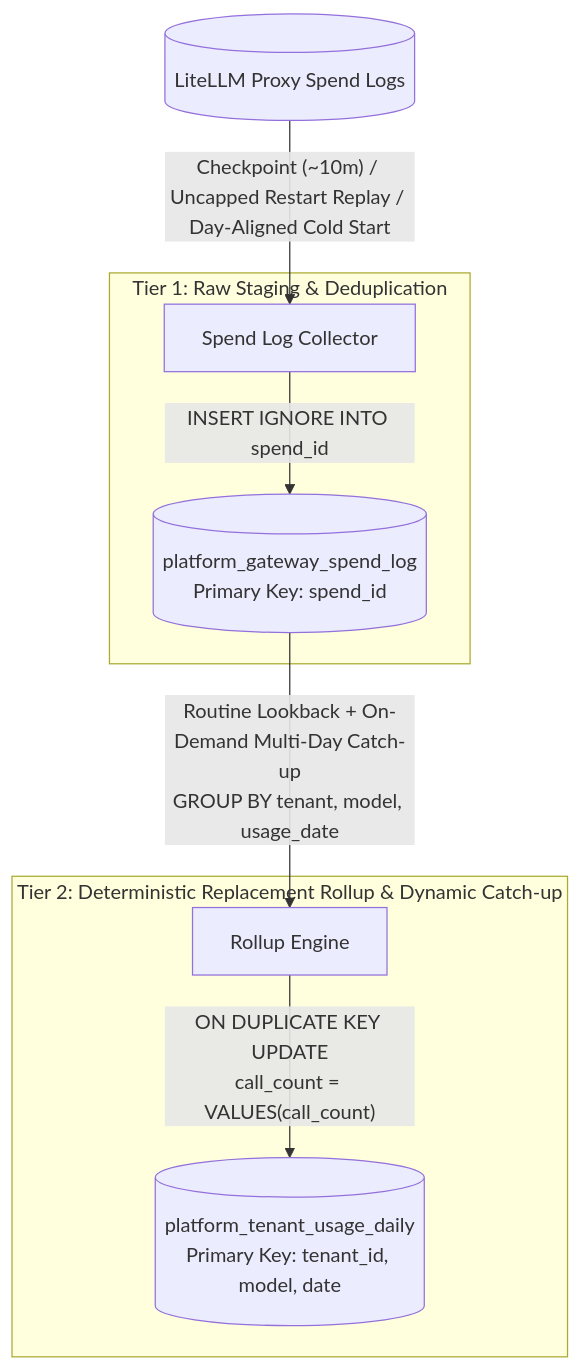
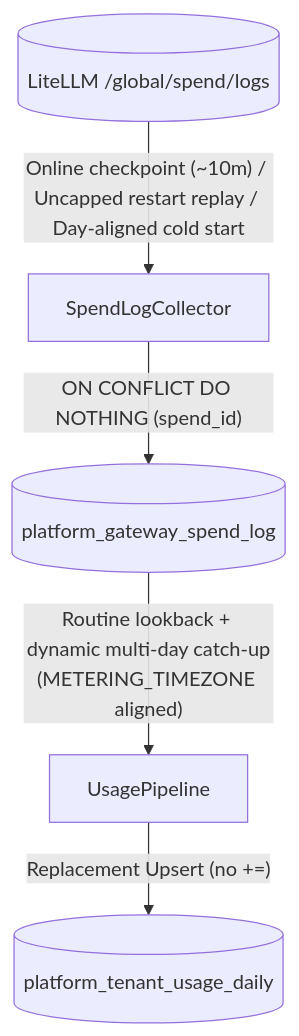
Before and after one commit to Sanderhoff-alt/oh-my-ragflow: the third of 3 diagrams in extensions/model-platform/implementation-plan.md, drawn with Mermaid. The commit also changed other lines of this file and 5 other files, not shown here.

First line of the commit message:
docs(model-platform): refactor architecture and design docs to living state

````diff
--- a/extensions/model-platform/implementation-plan.md
+++ b/extensions/model-platform/implementation-plan.md
@@ -551,13 +363,7 @@
 ```mermaid
 flowchart TD
-    LiteLLM[("LiteLLM Proxy Spend Logs")] -->|"Checkpoint (~10m) / Uncapped Restart Replay / Day-Aligned Cold Start"| Collector["Spend Log Collector"]
-
-    subgraph Tier1_Staging ["Tier 1: Raw Staging & Deduplication"]
-        Collector -->|"INSERT IGNORE INTO spend_id"| SpendLogTable[("platform_gateway_spend_log<br>Primary Key: spend_id")]
-    end
-
-    subgraph Tier2_Aggregation ["Tier 2: Deterministic Replacement Rollup & Dynamic Catch-up"]
-        SpendLogTable -->|"Routine Lookback + On-Demand Multi-Day Catch-up<br>GROUP BY tenant, model, usage_date"| RollupEngine["Rollup Engine"]
-        RollupEngine -->|"ON DUPLICATE KEY UPDATE<br>call_count = VALUES(call_count)"| DailyTable[("platform_tenant_usage_daily<br>Primary Key: tenant_id, model, date")]
-    end
+    LiteLLM[("LiteLLM /global/spend/logs")] -->|"Online checkpoint (~10m) / Uncapped restart replay / Day-aligned cold start"| Collector["SpendLogCollector"]
+    Collector -->|"ON CONFLICT DO NOTHING (spend_id)"| Staging[("platform_gateway_spend_log")]
+    Staging -->|"Routine lookback + dynamic multi-day catch-up<br/>(METERING_TIMEZONE aligned)"| Pipeline["UsagePipeline"]
+    Pipeline -->|"Replacement Upsert (no +=)"| Daily[("platform_tenant_usage_daily")]
 ```
````
